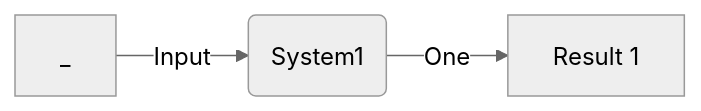
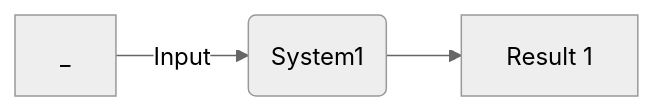
One commit to setrar/dsp changed the third of 3 diagrams in signal-processing/kutz/5/README.md. Above: the diagram before and after it, drawn with Mermaid (neutral theme).

````diff
--- a/signal-processing/kutz/5/README.md
+++ b/signal-processing/kutz/5/README.md
@@ -54,6 +54,6 @@
 ```mermaid
 flowchart LR
 
 _ -->|Input| C(System1)
-C -->|One| D[Result 1]
+C --> D[Result 1]
 ```
````
